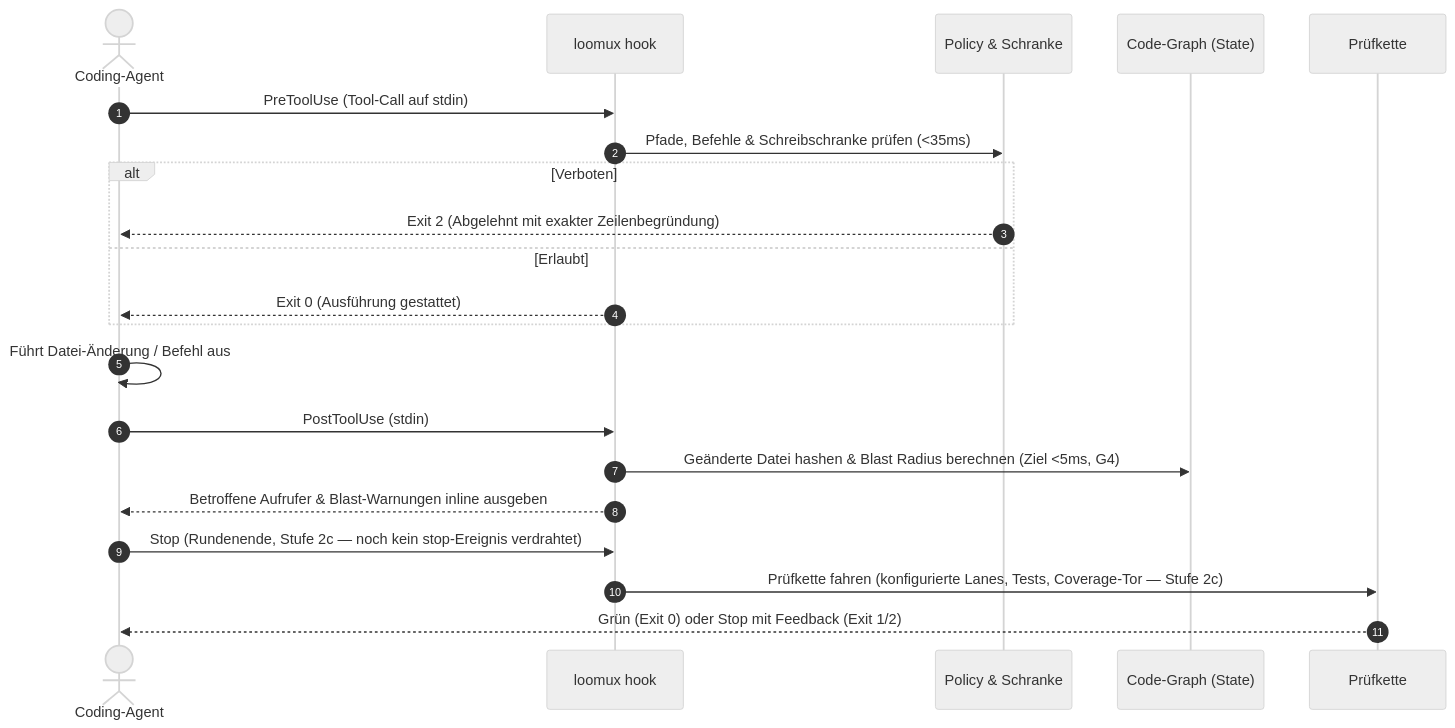
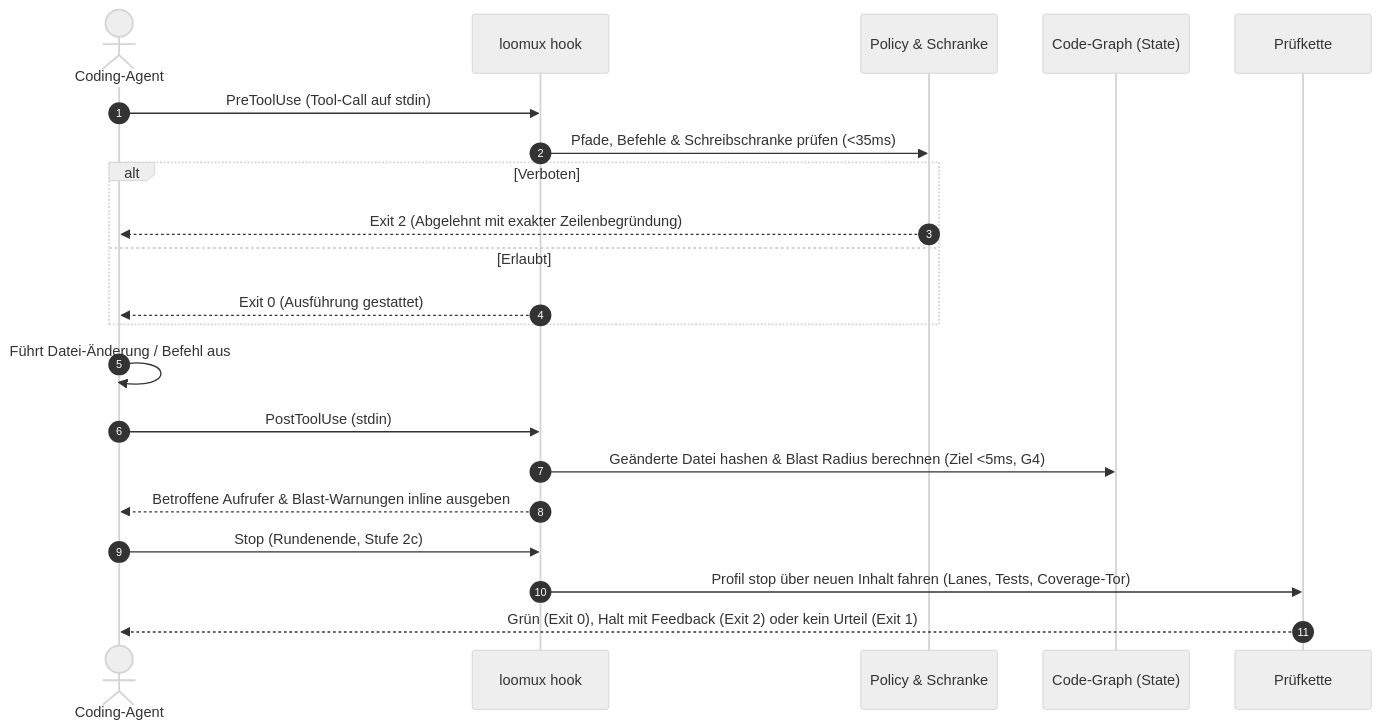
One commit to xidus90/loomux changed the second of 4 diagrams in README.de.md. Above: the diagram before and after it, drawn with Mermaid (neutral theme). The commit also changed other lines of this file and 624 other files, not shown here.

````diff
--- a/README.de.md
+++ b/README.de.md
@@ -46,27 +46,27 @@
 ```mermaid
 sequenceDiagram
     autonumber
     actor Agent as Coding-Agent
     participant Hook as loomux hook
     participant Policy as Policy & Schranke
     participant Graph as Code-Graph (State)
     participant Verify as Prüfkette
 
     Agent->>Hook: PreToolUse (Tool-Call auf stdin)
     Hook->>Policy: Pfade, Befehle & Schreibschranke prüfen (<35ms)
     alt Verboten
         Policy-->>Agent: Exit 2 (Abgelehnt mit exakter Zeilenbegründung)
     else Erlaubt
         Hook-->>Agent: Exit 0 (Ausführung gestattet)
     end
 
     Agent->>Agent: Führt Datei-Änderung / Befehl aus
 
     Agent->>Hook: PostToolUse (stdin)
     Hook->>Graph: Geänderte Datei hashen & Blast Radius berechnen (Ziel <5ms, G4)
     Hook-->>Agent: Betroffene Aufrufer & Blast-Warnungen inline ausgeben
 
-    Agent->>Hook: Stop (Rundenende, Stufe 2c — noch kein stop-Ereignis verdrahtet)
-    Hook->>Verify: Prüfkette fahren (konfigurierte Lanes, Tests, Coverage-Tor — Stufe 2c)
-    Verify-->>Agent: Grün (Exit 0) oder Stop mit Feedback (Exit 1/2)
+    Agent->>Hook: Stop (Rundenende, Stufe 2c)
+    Hook->>Verify: Profil stop über neuen Inhalt fahren (Lanes, Tests, Coverage-Tor)
+    Verify-->>Agent: Grün (Exit 0), Halt mit Feedback (Exit 2) oder kein Urteil (Exit 1)
 ```
````
